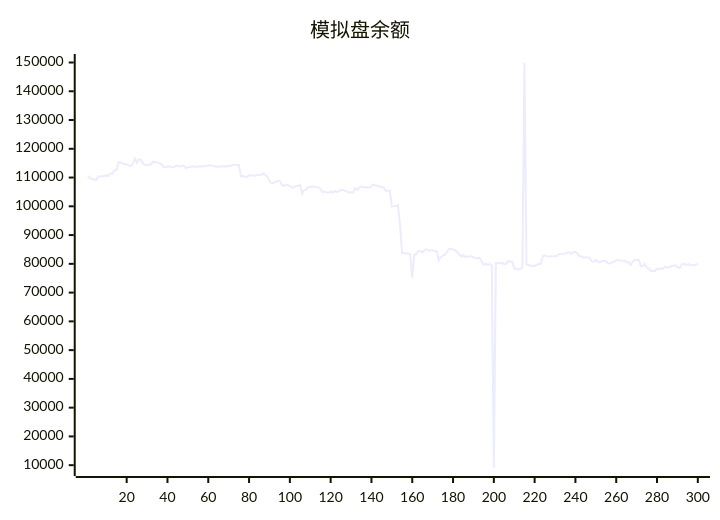
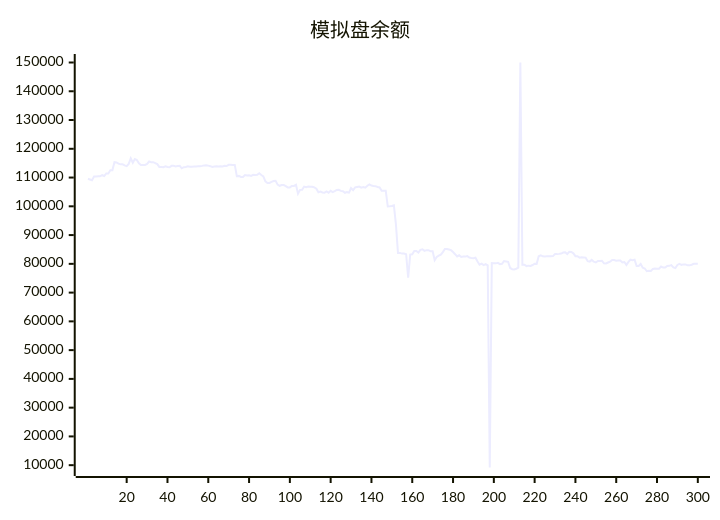
The diagram in README.md (aahl/ai-trading), drawn with Mermaid before and after one commit. The commit also changed other lines of this file and 1 other file, not shown here.

````diff
--- a/README.md
+++ b/README.md
@@ -5,5 +5,5 @@
 ```mermaid
 xychart
     title "模拟盘余额"
-    line [110606,109702,109584,109337,109071,110342,110342,110488,110488,110814,110531,111421,111421,112518,112522,115341,115266,114830,114584,114588,114231,113973,114726,116697,115160,116423,116083,114950,114365,114365,114388,114730,115582,115358,115358,115032,114686,113688,113688,113610,113930,113672,113585,114083,114074,113840,113996,114051,113208,113593,113701,113901,113794,113784,113810,113848,113927,113929,114064,114232,114293,114144,113960,113698,113853,113942,113812,113908,113877,114091,113998,114427,114422,114384,114384,110477,110576,110198,110198,110890,110712,110812,110569,110929,110847,110968,111478,110870,110433,108661,108116,108115,108485,108797,108877,107536,107134,107393,107393,107046,106565,106565,107081,107081,107478,104404,105715,105749,106866,106651,106889,106771,106816,106565,106141,104876,105103,104796,104734,105169,104690,105380,104941,105272,105709,105739,105374,105227,104691,104924,104762,106364,105628,106608,106748,106872,106485,106721,106468,107132,107620,107224,107080,107001,106717,106567,105431,105431,105440,99950,100017,100113,100337,93749,83795,83807,83567,83567,83342,75168,83222,83336,84448,84449,83896,84839,85065,84499,84757,84757,84364,84347,81254,82385,82835,83184,84099,85150,85150,85002,84751,84096,83356,82582,82983,82404,82572,82512,82688,82200,82047,81920,82125,80840,79688,80060,79552,79920,79470,9193,80236,80208,80170,80336,79894,80006,80954,80837,80712,78561,78139,78037,78293,78682,150000,79720,79720,79214,79372,79279,79591,80046,79993,82625,82950,82626,82571,82633,82670,82670,82681,83386,83378,83464,83579,83920,84037,83402,84160,84142,83652,82655,82655,82145,82315,82243,82163,80934,80770,81371,80742,80468,80989,80989,81067,80191,80155,80450,80737,81309,81309,81106,81119,81119,80471,80631,79624,80670,81448,81290,81429,79212,79222,79940,78643,78380,77432,77623,77504,78235,78358,78284,78277,79048,78714,78714,79290,79308,79567,78763,78563,79603,79988,79652,79813,79813,79476,79469,79673,79995]
+    line [109584,109337,109071,110342,110342,110488,110488,110814,110531,111421,111421,112518,112522,115341,115266,114830,114584,114588,114231,113973,114726,116697,115160,116423,116083,114950,114365,114365,114388,114730,115582,115358,115358,115032,114686,113688,113688,113610,113930,113672,113585,114083,114074,113840,113996,114051,113208,113593,113701,113901,113794,113784,113810,113848,113927,113929,114064,114232,114293,114144,113960,113698,113853,113942,113812,113908,113877,114091,113998,114427,114422,114384,114384,110477,110576,110198,110198,110890,110712,110812,110569,110929,110847,110968,111478,110870,110433,108661,108116,108115,108485,108797,108877,107536,107134,107393,107393,107046,106565,106565,107081,107081,107478,104404,105715,105749,106866,106651,106889,106771,106816,106565,106141,104876,105103,104796,104734,105169,104690,105380,104941,105272,105709,105739,105374,105227,104691,104924,104762,106364,105628,106608,106748,106872,106485,106721,106468,107132,107620,107224,107080,107001,106717,106567,105431,105431,105440,99950,100017,100113,100337,93749,83795,83807,83567,83567,83342,75168,83222,83336,84448,84449,83896,84839,85065,84499,84757,84757,84364,84347,81254,82385,82835,83184,84099,85150,85150,85002,84751,84096,83356,82582,82983,82404,82572,82512,82688,82200,82047,81920,82125,80840,79688,80060,79552,79920,79470,9193,80236,80208,80170,80336,79894,80006,80954,80837,80712,78561,78139,78037,78293,78682,150000,79720,79720,79214,79372,79279,79591,80046,79993,82625,82950,82626,82571,82633,82670,82670,82681,83386,83378,83464,83579,83920,84037,83402,84160,84142,83652,82655,82655,82145,82315,82243,82163,80934,80770,81371,80742,80468,80989,80989,81067,80191,80155,80450,80737,81309,81309,81106,81119,81119,80471,80631,79624,80670,81448,81290,81429,79212,79222,79940,78643,78380,77432,77623,77504,78235,78358,78284,78277,79048,78714,78714,79290,79308,79567,78763,78563,79603,79988,79652,79813,79813,79476,79469,79673,79995,80015,80015]
 ```
````
